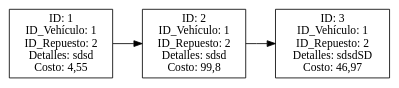
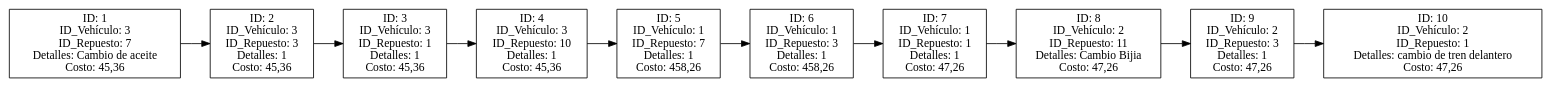
One commit to Santiago78op/EDD_1S2025_201905884 changed the diagram in Fase_1/AutoGestPro/AutoGestPro/bin/Debug/net9.0/reporte_Servicios.dot. Above: the diagram before and after it, drawn with Graphviz. The commit also changed 22 other files, not shown here.

```diff
--- a/Fase_1/AutoGestPro/AutoGestPro/bin/Debug/net9.0/reporte_Servicios.dot
+++ b/Fase_1/AutoGestPro/AutoGestPro/bin/Debug/net9.0/reporte_Servicios.dot
@@ -1,9 +1,23 @@
 digraph G {
 node [shape=box];
 rankdir=LR;
-S1 [label="ID: 1\nID_Vehículo: 1\nID_Repuesto: 2\nDetalles: sdsd\nCosto: 4,55"];
-S2 [label="ID: 2\nID_Vehículo: 1\nID_Repuesto: 2\nDetalles: sdsd\nCosto: 99,8"];
+S1 [label="ID: 1\nID_Vehículo: 3\nID_Repuesto: 7\nDetalles: Cambio de aceite\nCosto: 45,36"];
+S2 [label="ID: 2\nID_Vehículo: 3\nID_Repuesto: 3\nDetalles: 1\nCosto: 45,36"];
 S1 -> S2;
-S3 [label="ID: 3\nID_Vehículo: 1\nID_Repuesto: 2\nDetalles: sdsdSD\nCosto: 46,97"];
+S3 [label="ID: 3\nID_Vehículo: 3\nID_Repuesto: 1\nDetalles: 1\nCosto: 45,36"];
 S2 -> S3;
+S4 [label="ID: 4\nID_Vehículo: 3\nID_Repuesto: 10\nDetalles: 1\nCosto: 45,36"];
+S3 -> S4;
+S5 [label="ID: 5\nID_Vehículo: 1\nID_Repuesto: 7\nDetalles: 1\nCosto: 458,26"];
+S4 -> S5;
+S6 [label="ID: 6\nID_Vehículo: 1\nID_Repuesto: 3\nDetalles: 1\nCosto: 458,26"];
+S5 -> S6;
+S7 [label="ID: 7\nID_Vehículo: 1\nID_Repuesto: 1\nDetalles: 1\nCosto: 47,26"];
+S6 -> S7;
+S8 [label="ID: 8\nID_Vehículo: 2\nID_Repuesto: 11\nDetalles: Cambio Bijia\nCosto: 47,26"];
+S7 -> S8;
+S9 [label="ID: 9\nID_Vehículo: 2\nID_Repuesto: 3\nDetalles: 1\nCosto: 47,26"];
+S8 -> S9;
+S10 [label="ID: 10\nID_Vehículo: 2\nID_Repuesto: 1\nDetalles: cambio de tren delantero\nCosto: 47,26"];
+S9 -> S10;
 }
```
